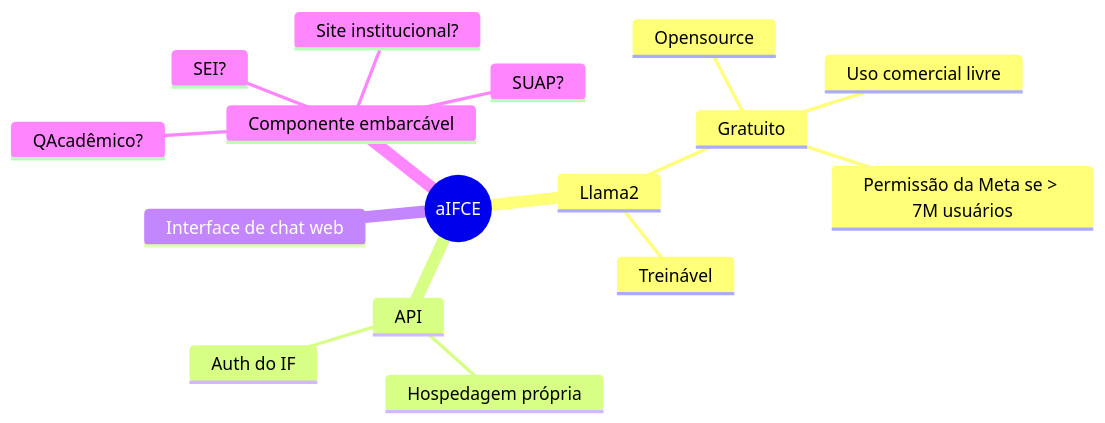
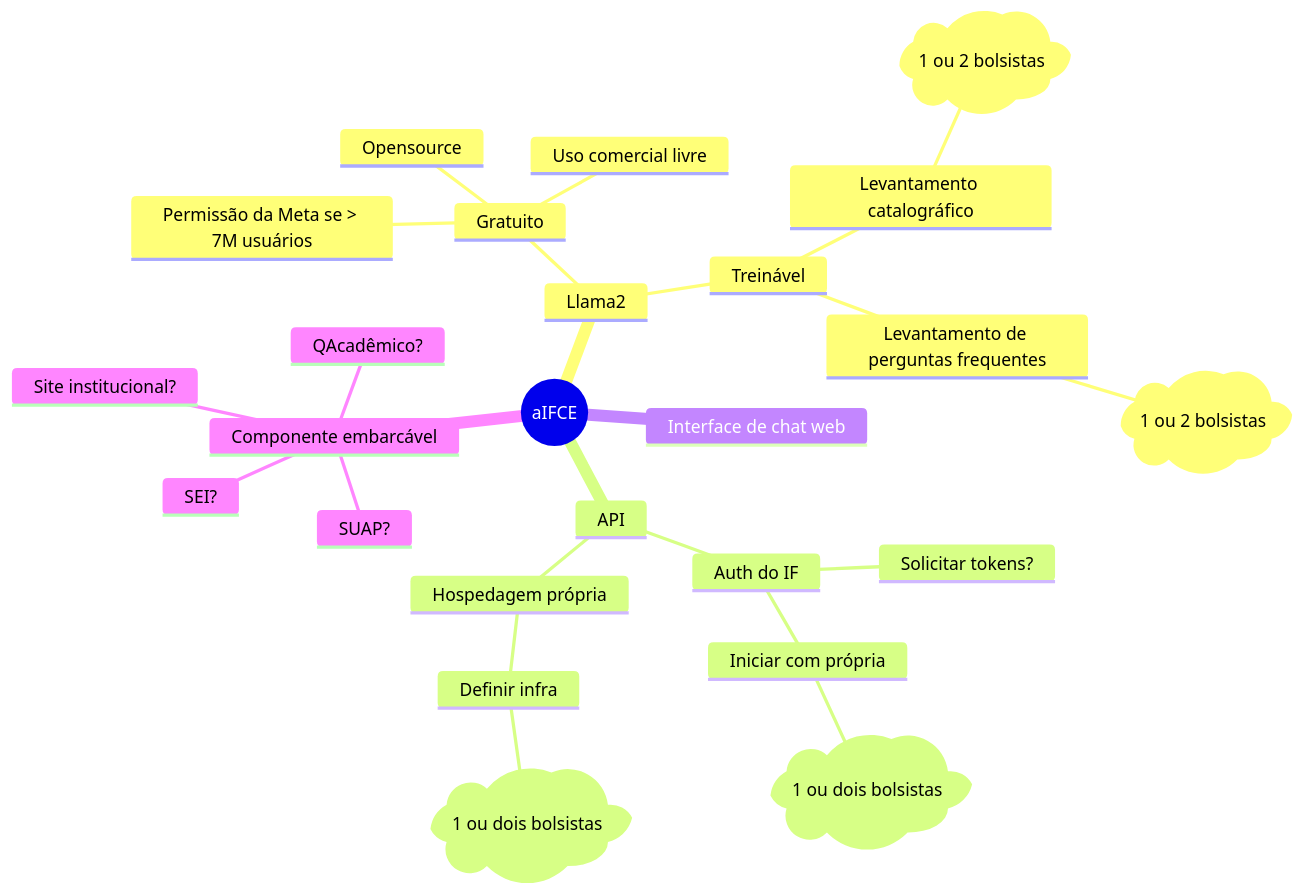
One commit to felipebastos/felipebastos changed the diagram in docs/posts/umprojeto.md. Above: the diagram before and after it, drawn with Mermaid.

````diff
--- a/docs/posts/umprojeto.md
+++ b/docs/posts/umprojeto.md
@@ -13,19 +13,28 @@
 ``` mermaid
 mindmap
     root((aIFCE))
         Llama2
             Gratuito
                 Opensource
                 Uso comercial livre
                 Permissão da Meta se > 7M usuários
             Treinável
+                Levantamento catalográfico
+                    )1 ou 2 bolsistas(
+                Levantamento de perguntas frequentes
+                    )1 ou 2 bolsistas(
         API
             Auth do IF
+                Solicitar tokens?
+                Iniciar com própria
+                    )1 ou dois bolsistas(
             Hospedagem própria
+                Definir infra
+                    )1 ou dois bolsistas(
         Interface de chat web
         Componente embarcável
             QAcadêmico?
             Site institucional?
             SEI?
             SUAP?
 ```
````
